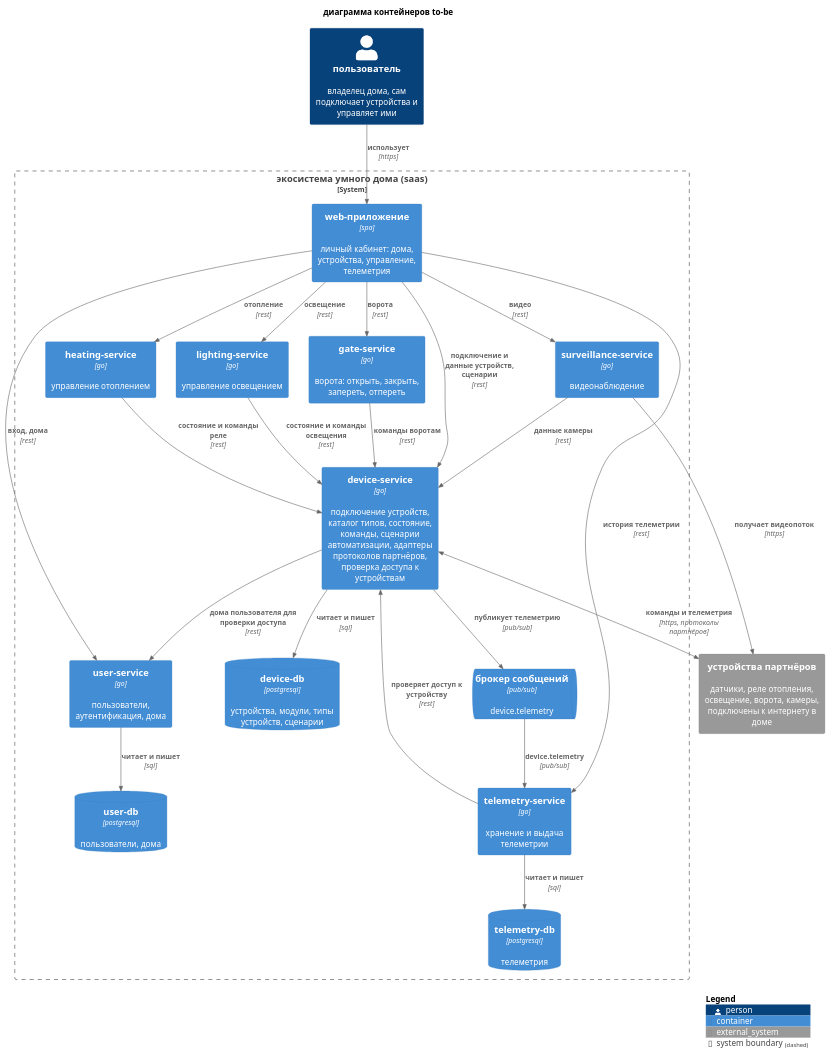
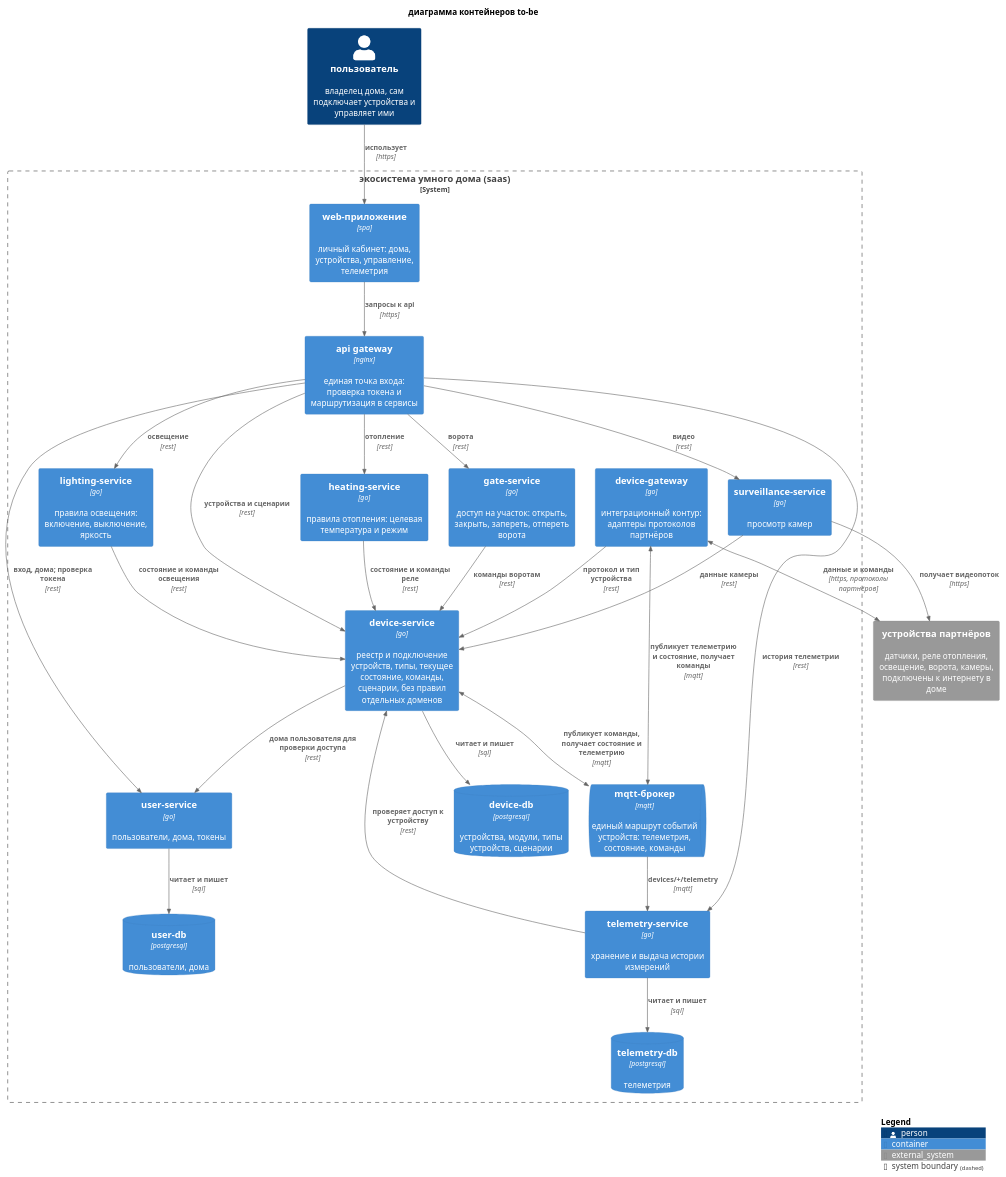
The diagram in diagrams/container/warmhouse-containers-tobe.puml (Murl1k/arch-sprint-1), drawn with PlantUML before and after one commit. The commit also changed 22 other files, not shown here.

```diff
--- a/diagrams/container/warmhouse-containers-tobe.puml
+++ b/diagrams/container/warmhouse-containers-tobe.puml
@@ -1,53 +1,59 @@
 @startuml warmhouse-containers-tobe
 !include https://raw.githubusercontent.com/plantuml-stdlib/C4-PlantUML/v2.14.0/C4_Container.puml
 
 title диаграмма контейнеров to-be
 
 Person(user, "пользователь", "владелец дома, сам подключает устройства и управляет ими")
 System_Ext(devices, "устройства партнёров", "датчики, реле отопления, освещение, ворота, камеры, подключены к интернету в доме")
 
 System_Boundary(eco, "экосистема умного дома (saas)") {
     Container(web, "web-приложение", "spa", "личный кабинет: дома, устройства, управление, телеметрия")
+    Container(api_gw, "api gateway", "nginx", "единая точка входа: проверка токена и маршрутизация в сервисы")
 
-    Container(user_svc, "user-service", "go", "пользователи, аутентификация, дома")
-    Container(device_svc, "device-service", "go", "подключение устройств, каталог типов, состояние, команды, сценарии автоматизации, адаптеры протоколов партнёров, проверка доступа к устройствам")
-    Container(telemetry_svc, "telemetry-service", "go", "хранение и выдача телеметрии")
-    Container(heating_svc, "heating-service", "go", "управление отоплением")
-    Container(lighting_svc, "lighting-service", "go", "управление освещением")
-    Container(gate_svc, "gate-service", "go", "ворота: открыть, закрыть, запереть, отпереть")
-    Container(surveillance_svc, "surveillance-service", "go", "видеонаблюдение")
+    Container(user_svc, "user-service", "go", "пользователи, дома, токены")
+    Container(device_svc, "device-service", "go", "реестр и подключение устройств, типы, текущее состояние, команды, сценарии, без правил отдельных доменов")
+    Container(heating_svc, "heating-service", "go", "правила отопления: целевая температура и режим")
+    Container(lighting_svc, "lighting-service", "go", "правила освещения: включение, выключение, яркость")
+    Container(gate_svc, "gate-service", "go", "доступ на участок: открыть, закрыть, запереть, отпереть ворота")
+    Container(surveillance_svc, "surveillance-service", "go", "просмотр камер")
+    Container(telemetry_svc, "telemetry-service", "go", "хранение и выдача истории измерений")
 
-    ContainerQueue(broker, "брокер сообщений", "pub/sub", "device.telemetry")
+    Container(device_gw, "device-gateway", "go", "интеграционный контур: адаптеры протоколов партнёров")
+    ContainerQueue(mqtt, "mqtt-брокер", "mqtt", "единый маршрут событий устройств: телеметрия, состояние, команды")
 
     ContainerDb(user_db, "user-db", "postgresql", "пользователи, дома")
     ContainerDb(device_db, "device-db", "postgresql", "устройства, модули, типы устройств, сценарии")
     ContainerDb(telemetry_db, "telemetry-db", "postgresql", "телеметрия")
 }
 
 Rel(user, web, "использует", "https")
-Rel(web, user_svc, "вход, дома", "rest")
-Rel(web, device_svc, "подключение и данные устройств, сценарии", "rest")
-Rel(web, heating_svc, "отопление", "rest")
-Rel(web, lighting_svc, "освещение", "rest")
-Rel(web, gate_svc, "ворота", "rest")
-Rel(web, surveillance_svc, "видео", "rest")
-Rel(web, telemetry_svc, "история телеметрии", "rest")
+Rel(web, api_gw, "запросы к api", "https")
+
+Rel(api_gw, user_svc, "вход, дома; проверка токена", "rest")
+Rel(api_gw, device_svc, "устройства и сценарии", "rest")
+Rel(api_gw, heating_svc, "отопление", "rest")
+Rel(api_gw, lighting_svc, "освещение", "rest")
+Rel(api_gw, gate_svc, "ворота", "rest")
+Rel(api_gw, surveillance_svc, "видео", "rest")
+Rel(api_gw, telemetry_svc, "история телеметрии", "rest")
 
 Rel(device_svc, user_svc, "дома пользователя для проверки доступа", "rest")
 Rel(heating_svc, device_svc, "состояние и команды реле", "rest")
 Rel(lighting_svc, device_svc, "состояние и команды освещения", "rest")
 Rel(gate_svc, device_svc, "команды воротам", "rest")
 Rel(surveillance_svc, device_svc, "данные камеры", "rest")
+Rel(telemetry_svc, device_svc, "проверяет доступ к устройству", "rest")
 Rel(surveillance_svc, devices, "получает видеопоток", "https")
 
-BiRel(device_svc, devices, "команды и телеметрия", "https, протоколы партнёров")
-Rel(device_svc, broker, "публикует телеметрию", "pub/sub")
-Rel(broker, telemetry_svc, "device.telemetry", "pub/sub")
-Rel(telemetry_svc, device_svc, "проверяет доступ к устройству", "rest")
+BiRel(devices, device_gw, "данные и команды", "https, протоколы партнёров")
+Rel(device_gw, device_svc, "протокол и тип устройства", "rest")
+BiRel(device_gw, mqtt, "публикует телеметрию и состояние, получает команды", "mqtt")
+BiRel(device_svc, mqtt, "публикует команды, получает состояние и телеметрию", "mqtt")
+Rel(mqtt, telemetry_svc, "devices/+/telemetry", "mqtt")
 
 Rel(user_svc, user_db, "читает и пишет", "sql")
 Rel(device_svc, device_db, "читает и пишет", "sql")
 Rel(telemetry_svc, telemetry_db, "читает и пишет", "sql")
 
 SHOW_LEGEND()
 @enduml
```
